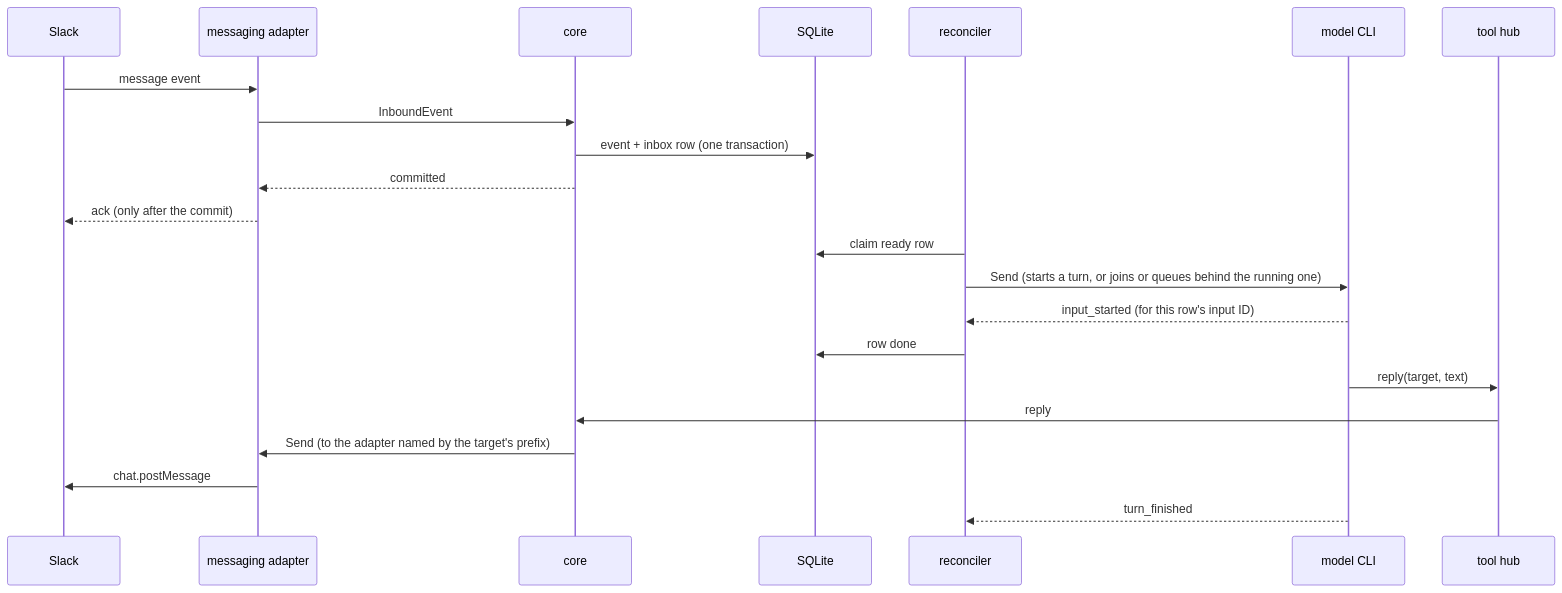
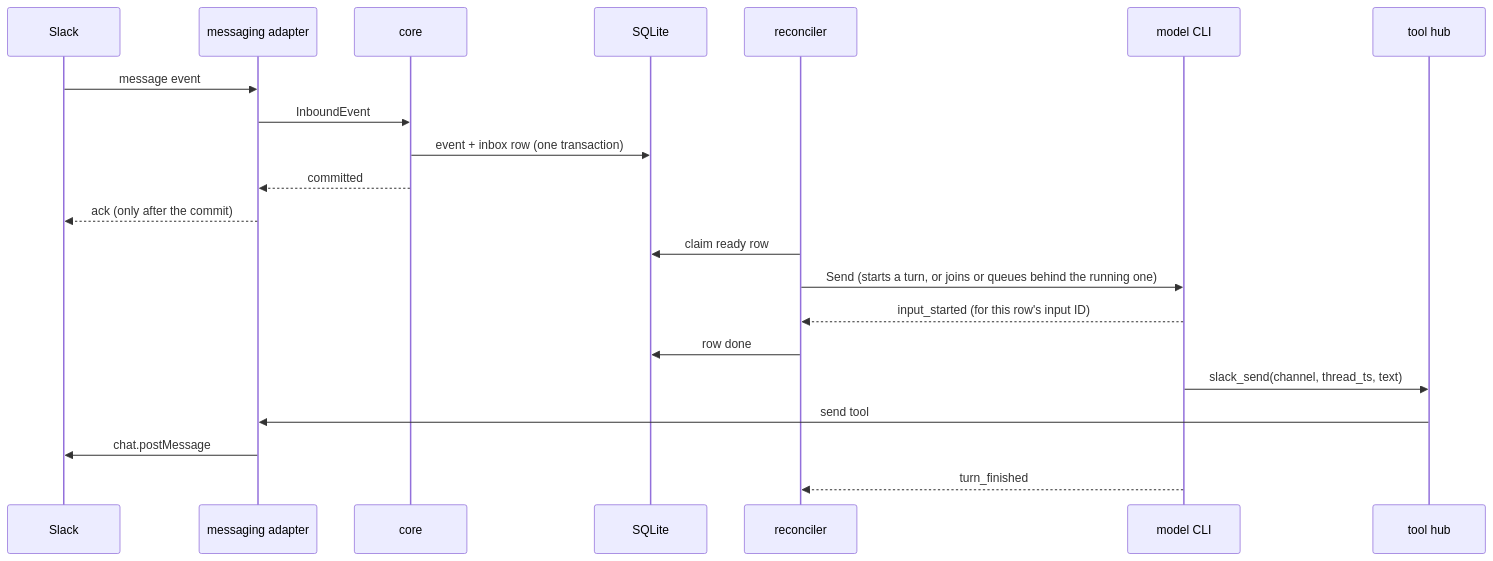
The second of 2 diagrams in docs/architecture.md (motoki317/noctiluca), drawn with Mermaid before and after one commit. The commit also changed other lines of this file and 44 other files, not shown here.

````diff
--- a/docs/architecture.md
+++ b/docs/architecture.md
@@ -28,24 +28,23 @@
 ```mermaid
 sequenceDiagram
   participant S as Slack
   participant A as messaging adapter
   participant C as core
   participant D as SQLite
   participant R as reconciler
   participant M as model CLI
   participant H as tool hub
   S->>A: message event
   A->>C: InboundEvent
   C->>D: event + inbox row (one transaction)
   C-->>A: committed
   A-->>S: ack (only after the commit)
   R->>D: claim ready row
   R->>M: Send (starts a turn, or joins or queues behind the running one)
   M-->>R: input_started (for this row's input ID)
   R->>D: row done
-  M->>H: reply(target, text)
-  H->>C: reply
-  C->>A: Send (to the adapter named by the target's prefix)
+  M->>H: slack_send(channel, thread_ts, text)
+  H->>A: send tool
   A->>S: chat.postMessage
   M-->>R: turn_finished
 ```
````
